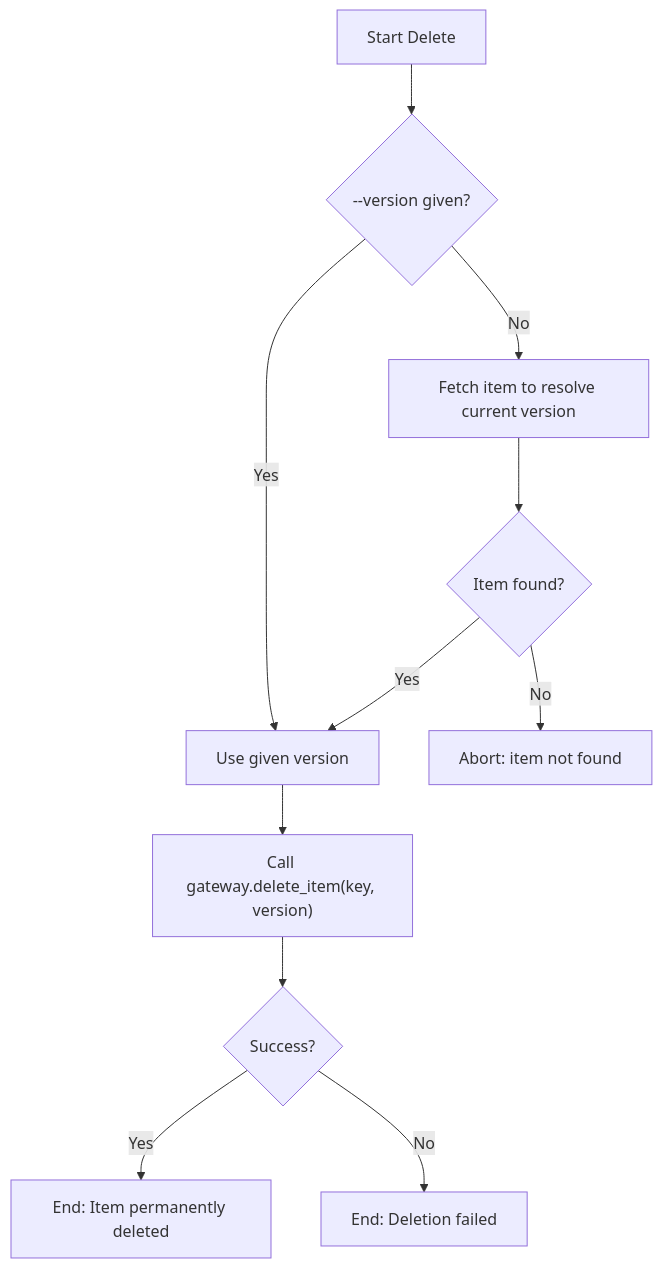
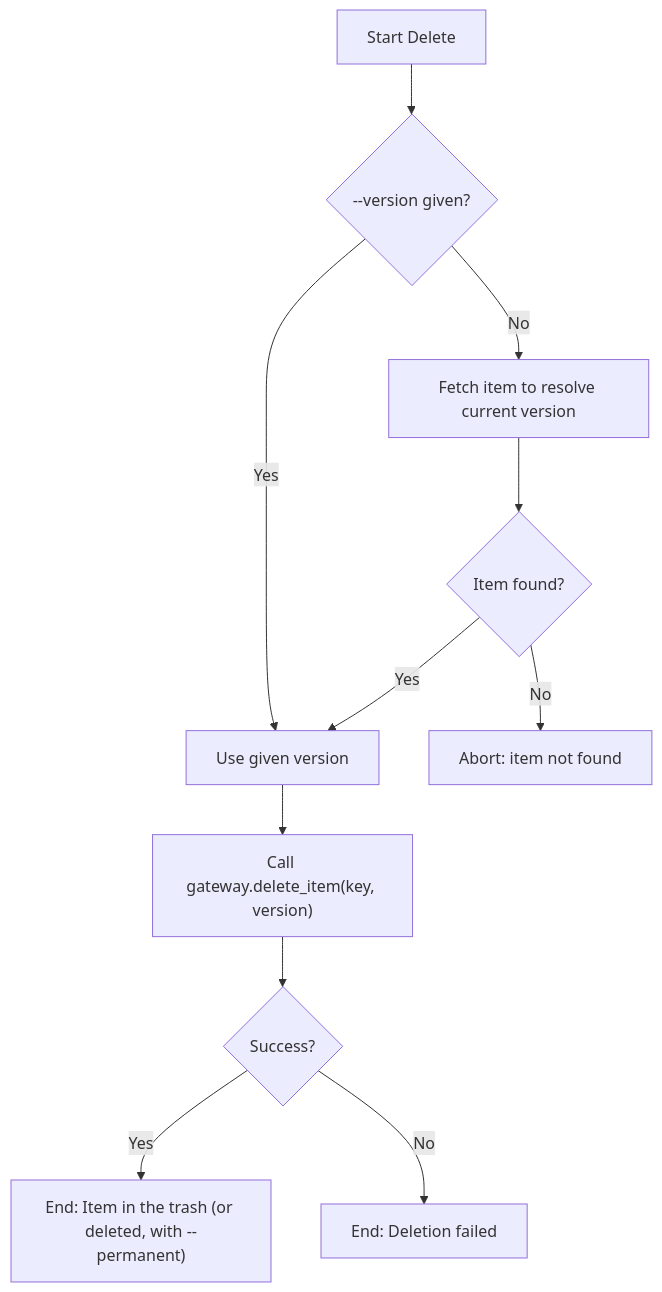
Before and after one commit to fchicout/zotero-cli: the diagram in docs/help_specs/item_delete.md, drawn with Mermaid. The commit also changed other lines of this file and 45 other files, not shown here.

````diff
--- a/docs/help_specs/item_delete.md
+++ b/docs/help_specs/item_delete.md
@@ -8,13 +8,13 @@
 ```mermaid
 graph TD
     A["Start Delete"] --> B{"--version given?"}
     B -- "No" --> C["Fetch item to resolve current version"]
     B -- "Yes" --> D["Use given version"]
     C --> E{"Item found?"}
     E -- "No" --> F["Abort: item not found"]
     E -- "Yes" --> D
     D --> G["Call gateway.delete_item(key, version)"]
     G --> H{"Success?"}
-    H -- "Yes" --> I["End: Item permanently deleted"]
+    H -- "Yes" --> I["End: Item in the trash (or deleted, with --permanent)"]
     H -- "No" --> J["End: Deletion failed"]
 ```
````
